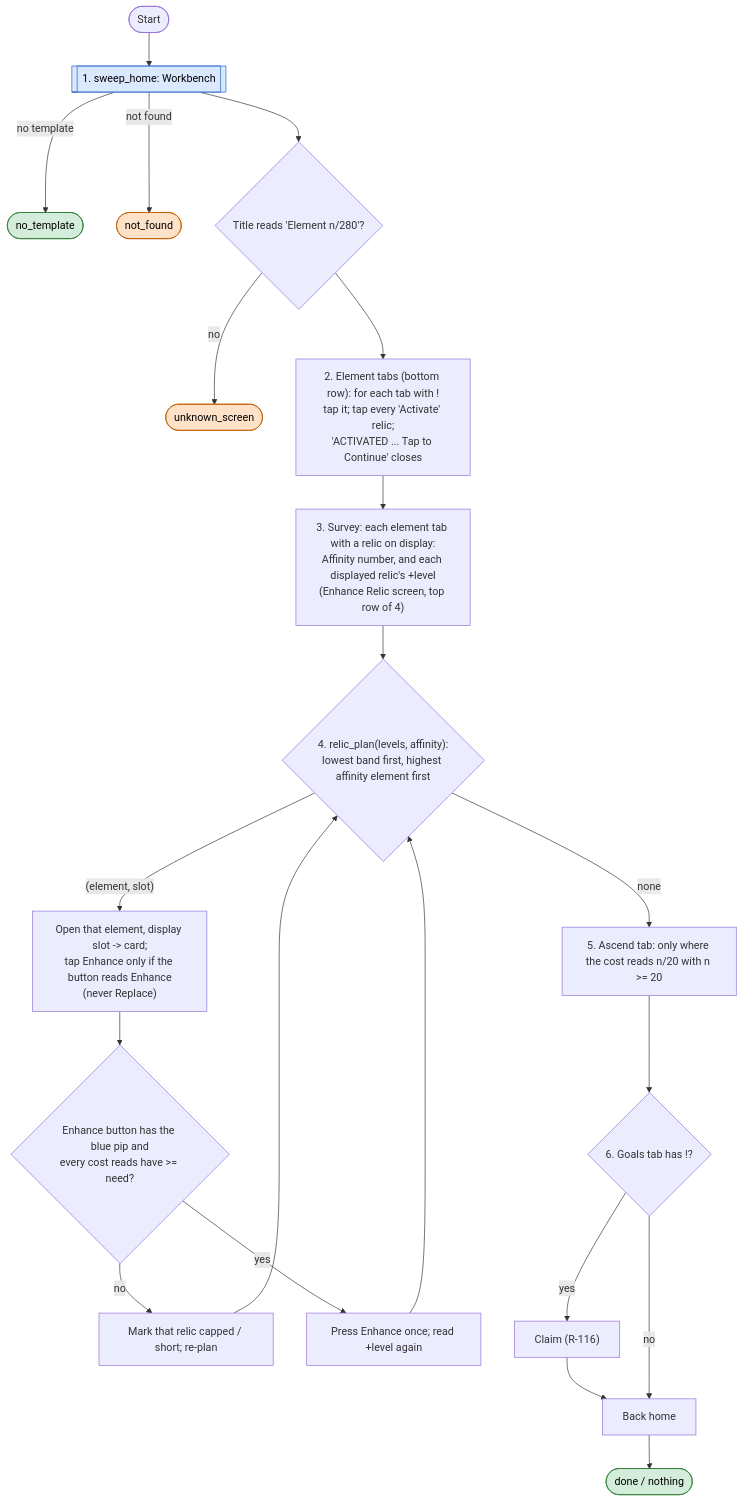
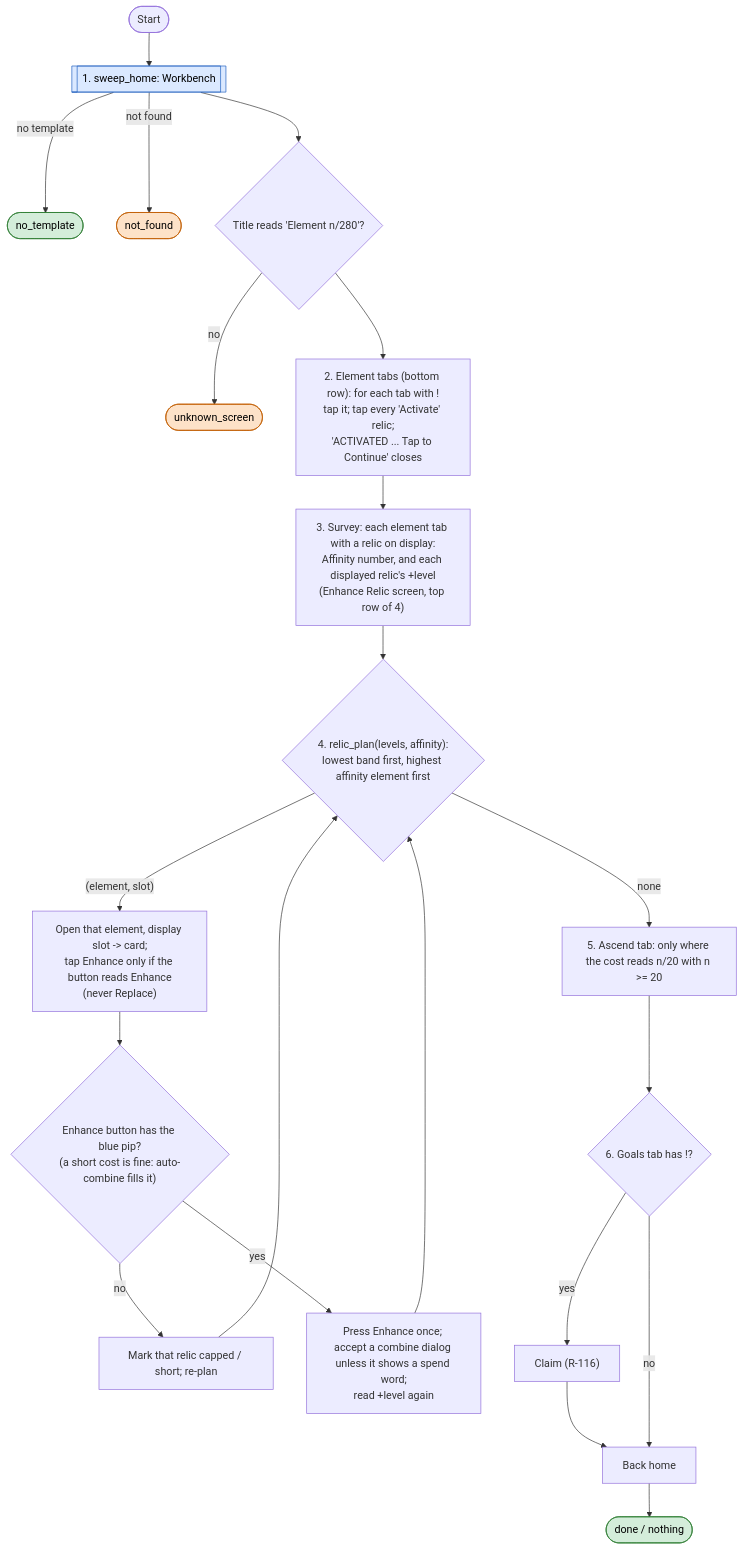
The second of 2 diagrams in docs/loops/gacha.md (Sun-flow/sxs-agent), drawn with Mermaid before and after one commit. The commit also changed other lines of this file and 14 other files, not shown here.

First line of the commit message:
Relics: auto-combine always allowed; rank opened only on its bang or at the cap (mae 18:15)

````diff
--- a/docs/loops/gacha.md
+++ b/docs/loops/gacha.md
@@ -82,26 +82,26 @@
 ```mermaid
 flowchart TD
     S(["Start"]) --> F[["1. sweep_home: Workbench"]]
     F -->|"no template"| NT(["no_template"])
     F -->|"not found"| NF(["not_found"])
     F --> T{"Title reads 'Element n/280'?"}
     T -->|no| U(["unknown_screen"])
     T --> A["2. Element tabs (bottom row): for each tab with !<br/>tap it; tap every 'Activate' relic;<br/>'ACTIVATED ... Tap to Continue' closes"]
     A --> SV["3. Survey: each element tab with a relic on display:<br/>Affinity number, and each displayed relic's +level<br/>(Enhance Relic screen, top row of 4)"]
     SV --> PL{"4. relic_plan(levels, affinity):<br/>lowest band first, highest affinity element first"}
     PL -->|none| GO
     PL -->|"(element, slot)"| EN["Open that element, display slot -> card;<br/>tap Enhance only if the button reads Enhance<br/>(never Replace)"]
-    EN --> CK{"Enhance button has the blue pip and<br/>every cost reads have >= need?"}
+    EN --> CK{"Enhance button has the blue pip?<br/>(a short cost is fine: auto-combine fills it)"}
     CK -->|no| CAP["Mark that relic capped / short; re-plan"] --> PL
-    CK -->|yes| PR["Press Enhance once; read +level again"] --> PL
+    CK -->|yes| PR["Press Enhance once; accept a combine dialog unless it shows a spend word;<br/>read +level again"] --> PL
     GO["5. Ascend tab: only where the cost reads n/20 with n >= 20"] --> GL{"6. Goals tab has !?"}
     GL -->|yes| GC["Claim (R-116)"] --> H
     GL -->|no| H["Back home"]
     H --> OK(["done / nothing"])
     classDef ok fill:#d4edda,stroke:#2e7d32,color:#000
     classDef look fill:#fde2c8,stroke:#c25e00,color:#000
     classDef sub fill:#dbe9ff,stroke:#1f5fbf,color:#000
     class OK,NT ok
     class NF,U look
     class F sub
 ```
````
